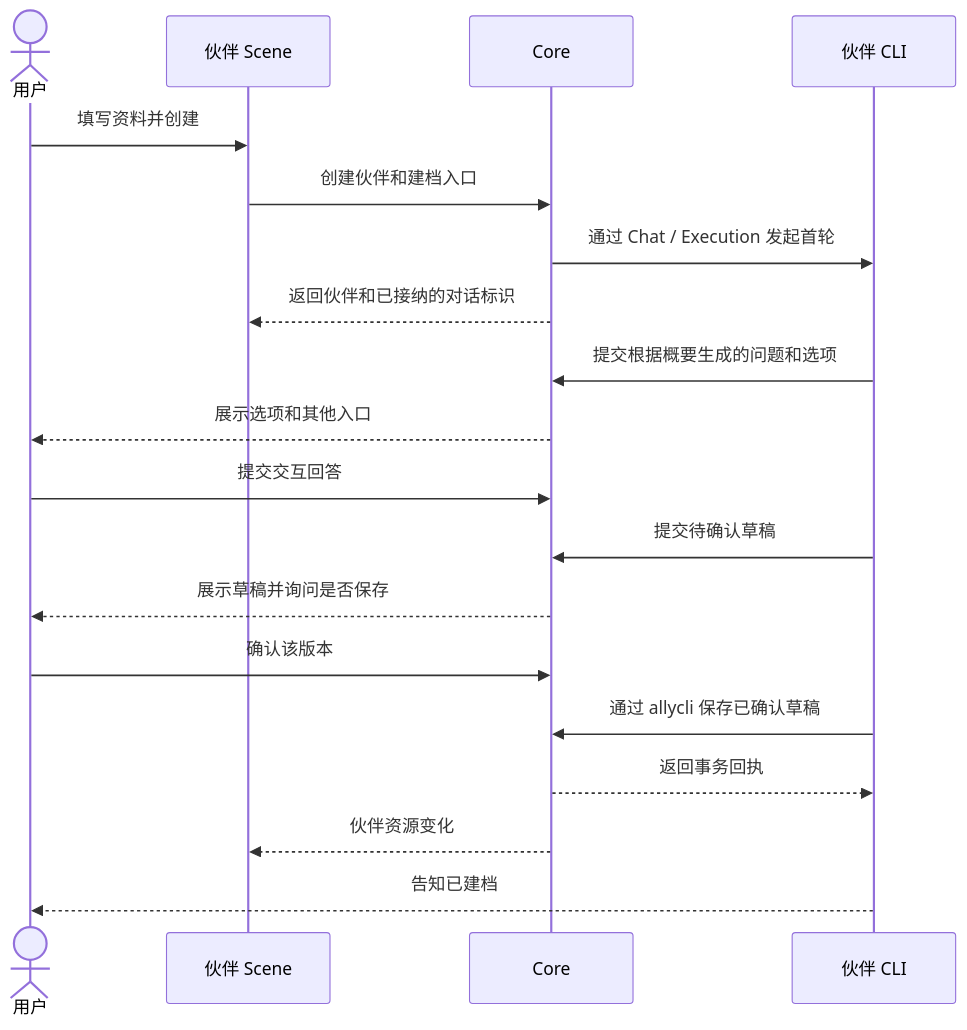
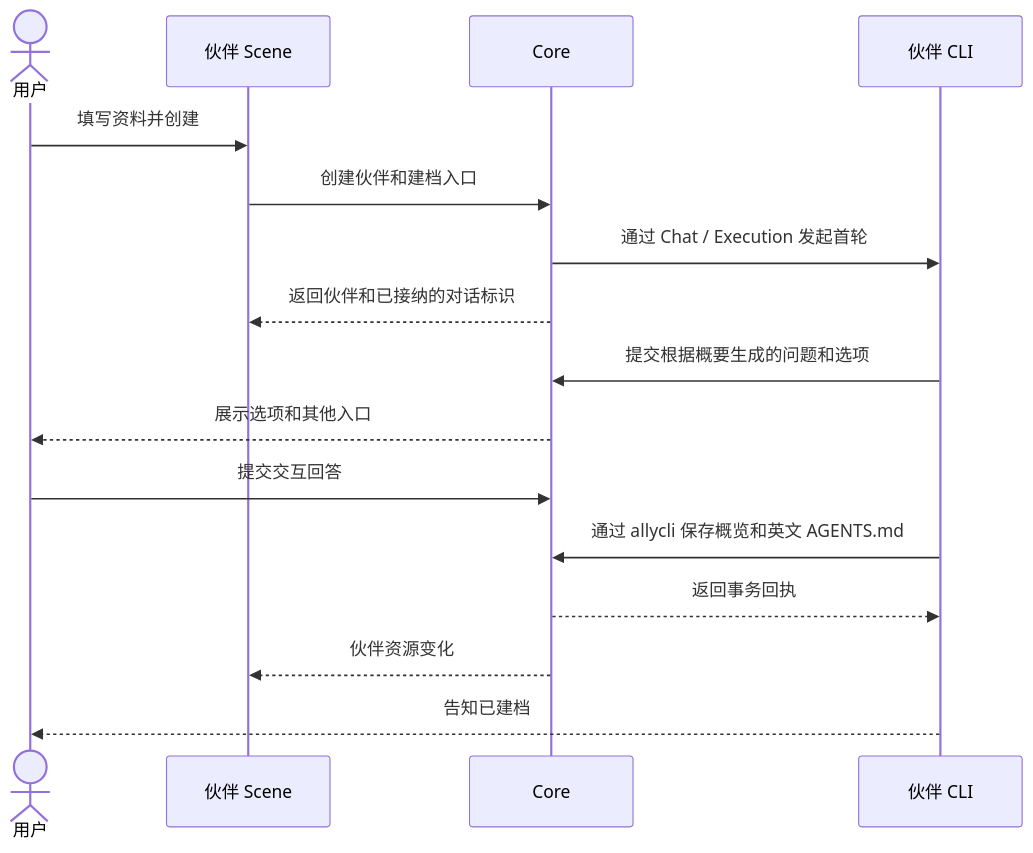
The diagram in docs/superpowers/specs/2026-11-12-partner-onboarding-design.md (JieWaZi/NeuxBot), drawn with Mermaid before and after one commit. The commit also changed other lines of this file and 55 other files, not shown here.

````diff
--- a/docs/superpowers/specs/2026-11-12-partner-onboarding-design.md
+++ b/docs/superpowers/specs/2026-11-12-partner-onboarding-design.md
@@ -13,21 +13,18 @@
 ```mermaid
 sequenceDiagram
     actor User as 用户
     participant UI as 伙伴 Scene
     participant Core
     participant CLI as 伙伴 CLI
     User->>UI: 填写资料并创建
     UI->>Core: 创建伙伴和建档入口
     Core->>CLI: 通过 Chat / Execution 发起首轮
     Core-->>UI: 返回伙伴和已接纳的对话标识
     CLI->>Core: 提交根据概要生成的问题和选项
     Core-->>User: 展示选项和其他入口
     User->>Core: 提交交互回答
-    CLI->>Core: 提交待确认草稿
-    Core-->>User: 展示草稿并询问是否保存
-    User->>Core: 确认该版本
-    CLI->>Core: 通过 allycli 保存已确认草稿
+    CLI->>Core: 通过 allycli 保存概览和英文 AGENTS.md
     Core-->>CLI: 返回事务回执
     Core-->>UI: 伙伴资源变化
     CLI-->>User: 告知已建档
 ```
````
